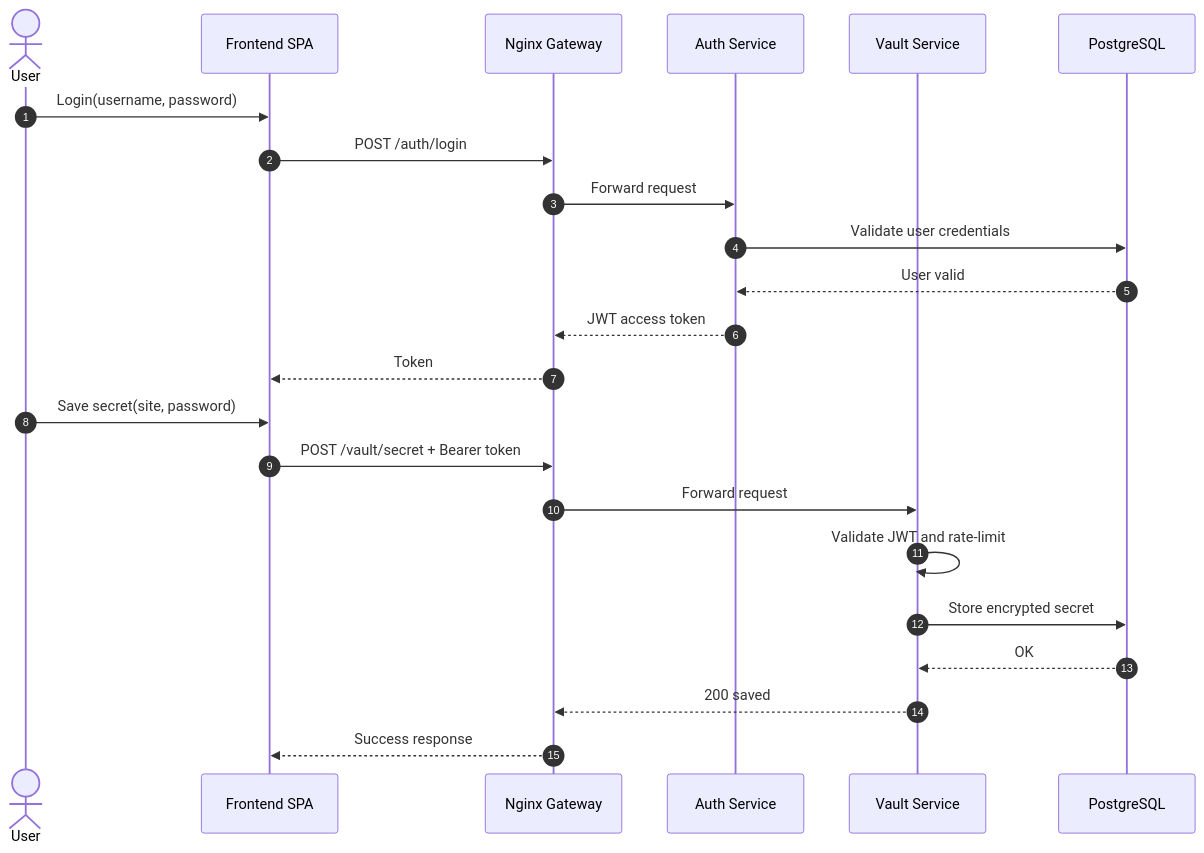
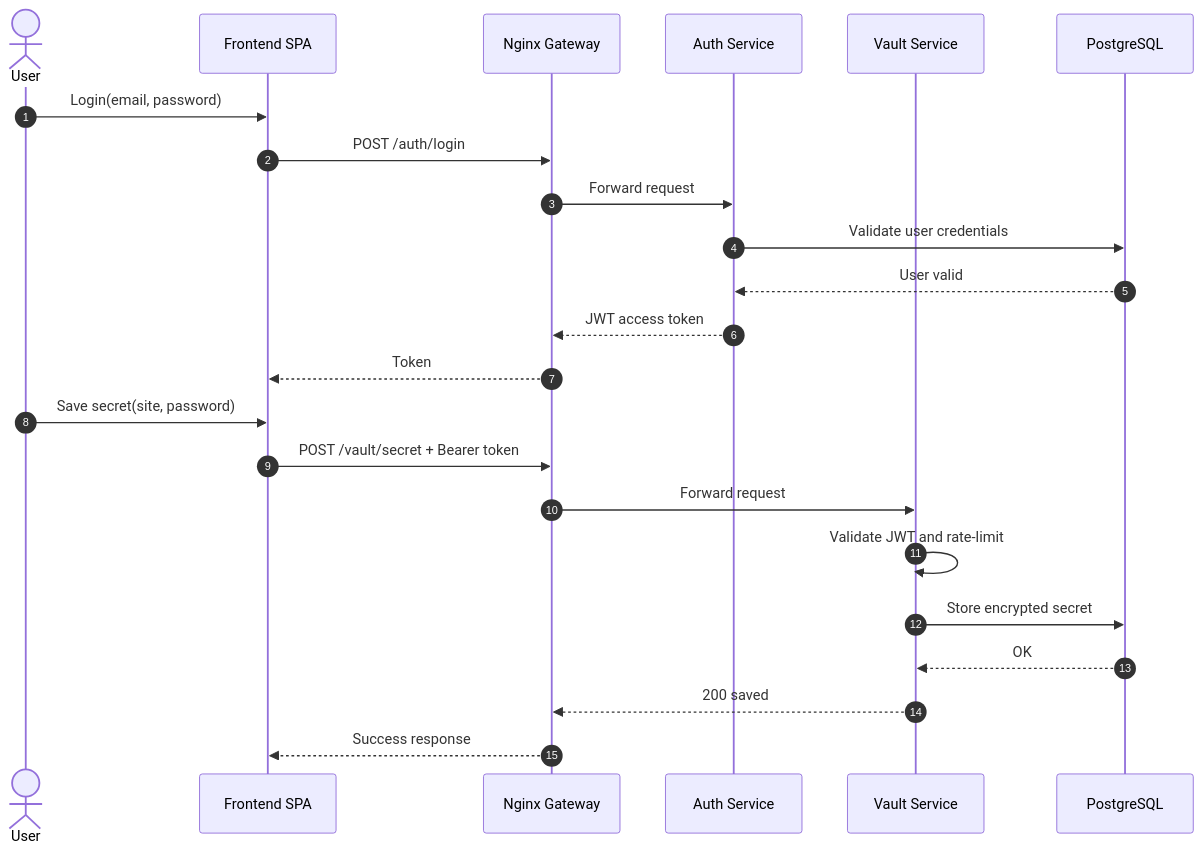
The fifth of 6 diagrams in docs/02_Manual_Tecnico.md (johngutierrez80/Securevault-pro), drawn with Mermaid before and after one commit. The commit also changed 3 other files, not shown here.

````diff
--- a/docs/02_Manual_Tecnico.md
+++ b/docs/02_Manual_Tecnico.md
@@ -138,27 +138,27 @@
 ```mermaid
 sequenceDiagram
     autonumber
     actor User
     participant FE as Frontend SPA
     participant GW as Nginx Gateway
     participant AUTH as Auth Service
     participant VAULT as Vault Service
     participant DB as PostgreSQL
 
-    User->>FE: Login(username, password)
+    User->>FE: Login(email, password)
     FE->>GW: POST /auth/login
     GW->>AUTH: Forward request
     AUTH->>DB: Validate user credentials
     DB-->>AUTH: User valid
     AUTH-->>GW: JWT access token
     GW-->>FE: Token
 
     User->>FE: Save secret(site, password)
     FE->>GW: POST /vault/secret + Bearer token
     GW->>VAULT: Forward request
     VAULT->>VAULT: Validate JWT and rate-limit
     VAULT->>DB: Store encrypted secret
     DB-->>VAULT: OK
     VAULT-->>GW: 200 saved
     GW-->>FE: Success response
 ```
````
